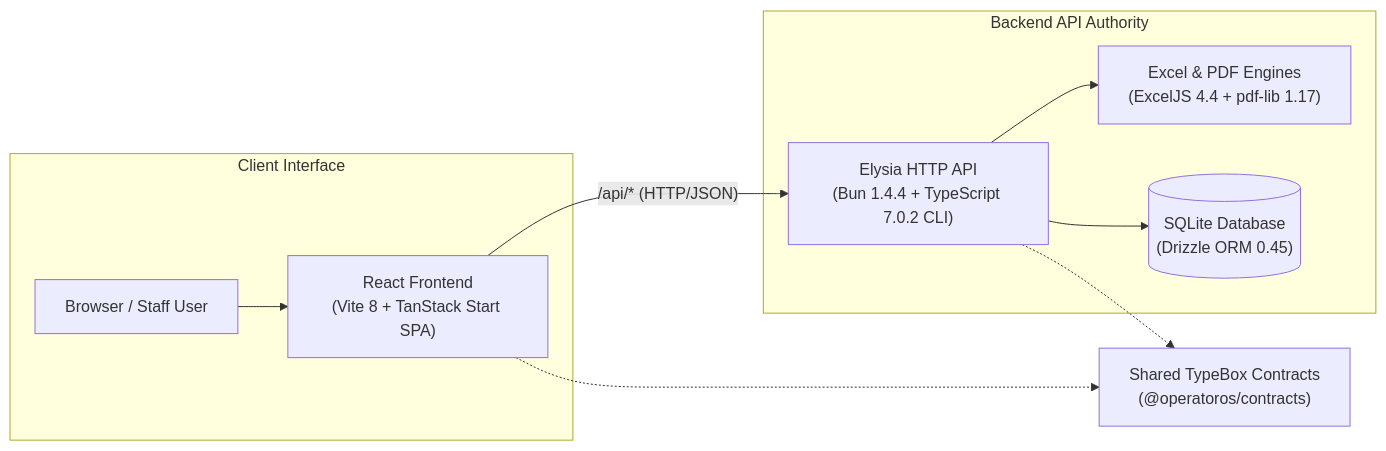
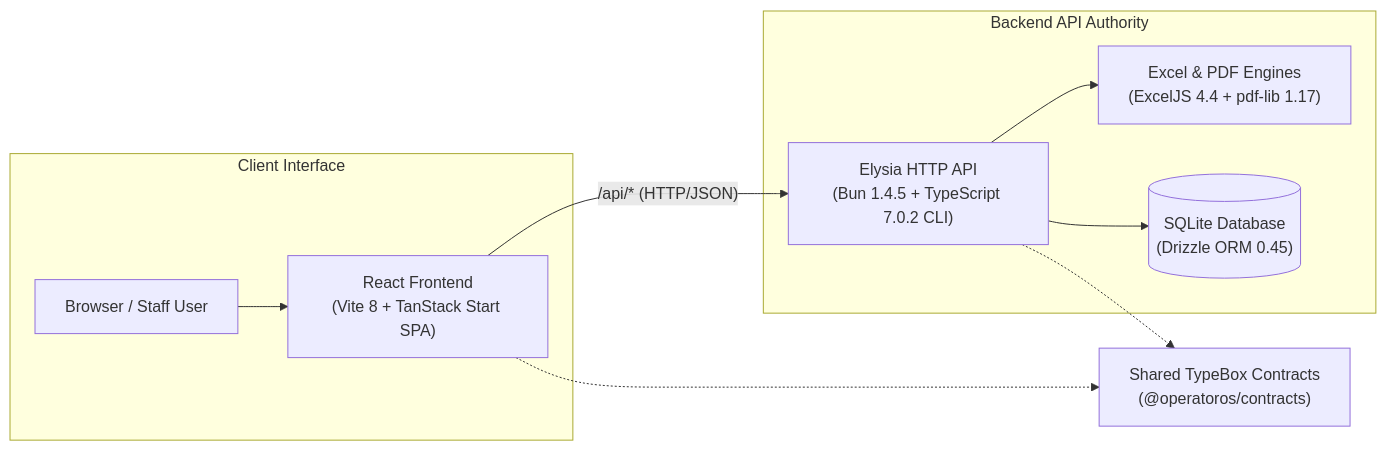
The first of 3 diagrams in README.md (daoistmadness/operatoros), drawn with Mermaid before and after one commit. The commit also changed other lines of this file and 37 other files, not shown here.

````diff
--- a/README.md
+++ b/README.md
@@ -46,22 +46,22 @@
 ```mermaid
 flowchart LR
   subgraph Client ["Client Interface"]
     Browser["Browser / Staff User"]
     FE["React Frontend<br/>(Vite 8 + TanStack Start SPA)"]
   end
 
   subgraph Server ["Backend API Authority"]
-    API["Elysia HTTP API<br/>(Bun 1.4.4 + TypeScript 7.0.2 CLI)"]
+    API["Elysia HTTP API<br/>(Bun 1.4.5 + TypeScript 7.0.2 CLI)"]
     Excel["Excel & PDF Engines<br/>(ExcelJS 4.4 + pdf-lib 1.17)"]
     DB[("SQLite Database<br/>(Drizzle ORM 0.45)")]
   end
 
   Contracts["Shared TypeBox Contracts<br/>(@operatoros/contracts)"]
 
   Browser --> FE
   FE -->|"/api/* (HTTP/JSON)"| API
   API --> DB
   API --> Excel
   FE -.-> Contracts
   API -.-> Contracts
 ```
````
